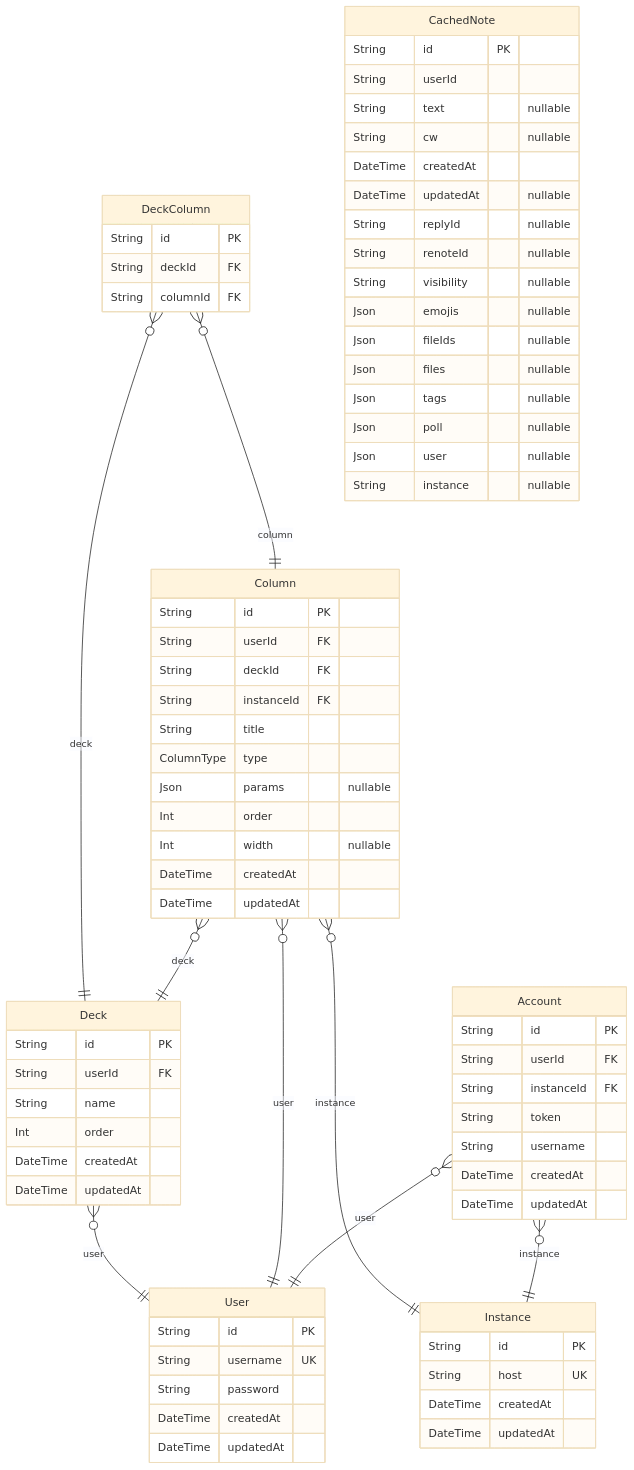
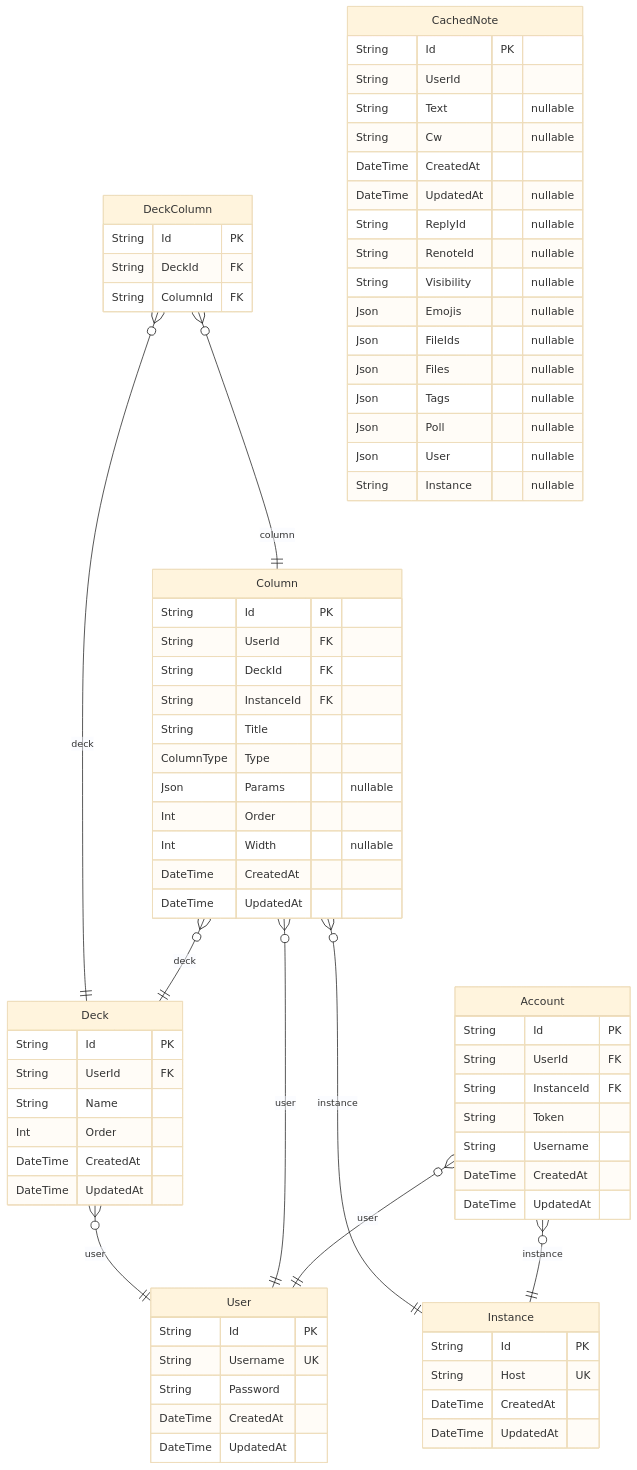
One commit to mochi-sann/mi-deck changed the diagram in apps/server/prisma/ERD.md. Above: the diagram before and after it, drawn with Mermaid (base theme). The commit also changed other lines of this file and 5 other files, not shown here.

````diff
--- a/apps/server/prisma/ERD.md
+++ b/apps/server/prisma/ERD.md
@@ -7,77 +7,77 @@
 ```mermaid
 erDiagram
 "User" {
-  String id PK
-  String username UK
-  String password
-  DateTime createdAt
-  DateTime updatedAt
+  String Id PK
+  String Username UK
+  String Password
+  DateTime CreatedAt
+  DateTime UpdatedAt
 }
 "Account" {
-  String id PK
-  String userId FK
-  String instanceId FK
-  String token
-  String username
-  DateTime createdAt
-  DateTime updatedAt
+  String Id PK
+  String UserId FK
+  String InstanceId FK
+  String Token
+  String Username
+  DateTime CreatedAt
+  DateTime UpdatedAt
 }
 "Instance" {
-  String id PK
-  String host UK
-  DateTime createdAt
-  DateTime updatedAt
+  String Id PK
+  String Host UK
+  DateTime CreatedAt
+  DateTime UpdatedAt
 }
 "Column" {
-  String id PK
-  String userId FK
-  String deckId FK
-  String instanceId FK
-  String title
-  ColumnType type
-  Json params "nullable"
-  Int order
-  Int width "nullable"
-  DateTime createdAt
-  DateTime updatedAt
+  String Id PK
+  String UserId FK
+  String DeckId FK
+  String InstanceId FK
+  String Title
+  ColumnType Type
+  Json Params "nullable"
+  Int Order
+  Int Width "nullable"
+  DateTime CreatedAt
+  DateTime UpdatedAt
 }
 "Deck" {
-  String id PK
-  String userId FK
-  String name
-  Int order
-  DateTime createdAt
-  DateTime updatedAt
+  String Id PK
+  String UserId FK
+  String Name
+  Int Order
+  DateTime CreatedAt
+  DateTime UpdatedAt
 }
 "DeckColumn" {
-  String id PK
-  String deckId FK
-  String columnId FK
+  String Id PK
+  String DeckId FK
+  String ColumnId FK
 }
 "CachedNote" {
-  String id PK
-  String userId
-  String text "nullable"
-  String cw "nullable"
-  DateTime createdAt
-  DateTime updatedAt "nullable"
-  String replyId "nullable"
-  String renoteId "nullable"
-  String visibility "nullable"
-  Json emojis "nullable"
-  Json fileIds "nullable"
-  Json files "nullable"
-  Json tags "nullable"
-  Json poll "nullable"
-  Json user "nullable"
-  String instance "nullable"
+  String Id PK
+  String UserId
+  String Text "nullable"
+  String Cw "nullable"
+  DateTime CreatedAt
+  DateTime UpdatedAt "nullable"
+  String ReplyId "nullable"
+  String RenoteId "nullable"
+  String Visibility "nullable"
+  Json Emojis "nullable"
+  Json FileIds "nullable"
+  Json Files "nullable"
+  Json Tags "nullable"
+  Json Poll "nullable"
+  Json User "nullable"
+  String Instance "nullable"
 }
 "Account" }o--|| "User" : user
 "Account" }o--|| "Instance" : instance
 "Column" }o--|| "User" : user
 "Column" }o--|| "Deck" : deck
 "Column" }o--|| "Instance" : instance
 "Deck" }o--|| "User" : user
 "DeckColumn" }o--|| "Deck" : deck
 "DeckColumn" }o--|| "Column" : column
 ```
````
